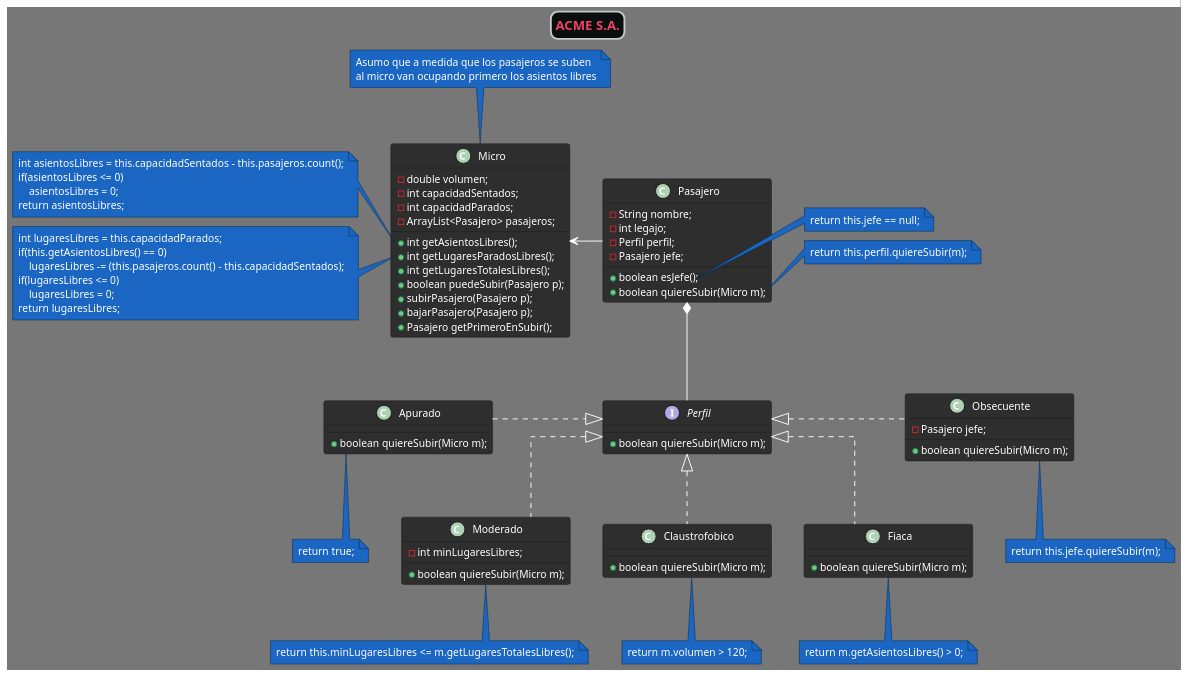
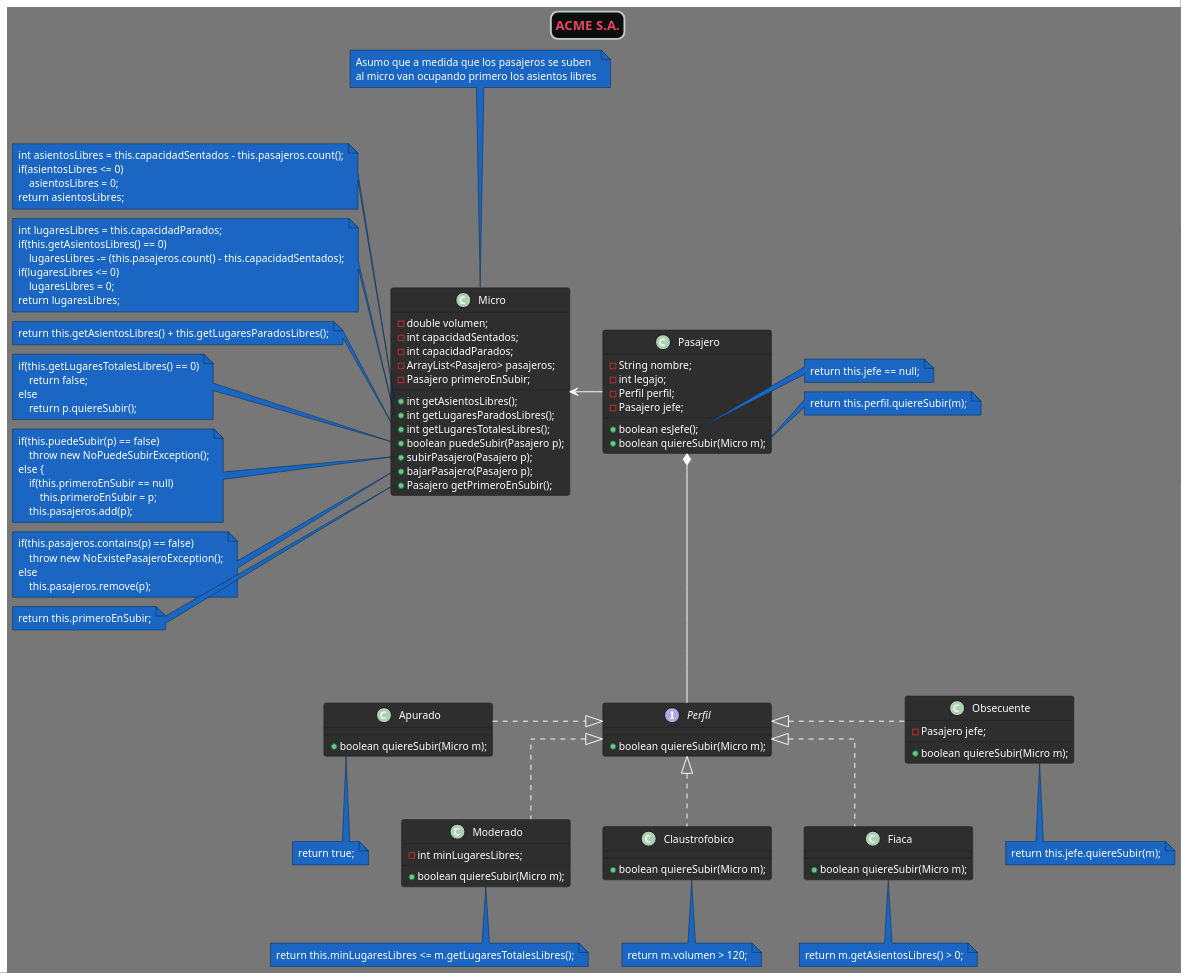
Before and after one commit to m-doce/ejercicios_utn: the diagram in EjercicioMicros/src/diagrama.puml, drawn with PlantUML.

Commit message:
Añadidas las implementaciones de funciones para Micro en diagrama de clases

```diff
--- a/EjercicioMicros/src/diagrama.puml
+++ b/EjercicioMicros/src/diagrama.puml
@@ -1,125 +1,157 @@
 @startuml
 title "ACME S.A."
 !theme reddress-darkblue
 scale 1.3
 skinparam Linetype ortho
 skinparam titleBorderRoundCorner 15
 skinparam titleBorderThickness 2
 skinparam titleBorderColor #C4CBCA
 skinparam titleBackgroundColor #0A0F0D
 skinparam defaultFontColor #FFFFFF
 skinparam titleFontColor #EE4266
 
 
 
 class Micro {
     -double volumen;
     -int capacidadSentados;
     -int capacidadParados;
     -ArrayList<Pasajero> pasajeros;
+    -Pasajero primeroEnSubir;
 
     +int getAsientosLibres();
     +int getLugaresParadosLibres();
     +int getLugaresTotalesLibres();
     +boolean puedeSubir(Pasajero p);
     +subirPasajero(Pasajero p);
     +bajarPasajero(Pasajero p);
     +Pasajero getPrimeroEnSubir();
 }
 
 class Pasajero {
     -String nombre;
     -int legajo;
     -Perfil perfil;
     -Pasajero jefe;
 
     +boolean esJefe();
     +boolean quiereSubir(Micro m);
 }
 
 interface Perfil {
     +boolean quiereSubir(Micro m);
 }
 
 class Apurado {
     +boolean quiereSubir(Micro m);
 }
 
 class Claustrofobico {
     +boolean quiereSubir(Micro m);
 }
 
 class Fiaca {
     +boolean quiereSubir(Micro m);
 }
 
 class Moderado {
     -int minLugaresLibres;
 
     +boolean quiereSubir(Micro m);
 }
 
 class Obsecuente {
     -Pasajero jefe;
 
     +boolean quiereSubir(Micro m);
 }
 
 
 
 'Relaciones
 Pasajero -l-> Micro
 Pasajero *-- Perfil
 
 Perfil <|.l. Apurado
 Perfil <|.. Claustrofobico
 Perfil <|.. Fiaca
 Perfil <|.. Moderado
 Perfil <|.r. Obsecuente
 
 
 'Notas
 'Perfiles
 note bottom of Apurado: return true;
 
 note bottom of Claustrofobico: return m.volumen > 120;
 
 note bottom of Fiaca: return m.getAsientosLibres() > 0;
 
 note bottom of Moderado: return this.minLugaresLibres <= m.getLugaresTotalesLibres();
 
 note bottom of Obsecuente: return this.jefe.quiereSubir(m);
 
 'Pasajero
 note right of Pasajero::esJefe
 return this.jefe == null;
 endnote
 
 note right of Pasajero::quiereSubir
 return this.perfil.quiereSubir(m);
 endnote
 
 'Micro
 note as N1
 Asumo que a medida que los pasajeros se suben
 al micro van ocupando primero los asientos libres
 endnote
 Micro -u- N1
 
 note left of Micro::getAsientosLibres
 int asientosLibres = this.capacidadSentados - this.pasajeros.count();
 if(asientosLibres <= 0)
     asientosLibres = 0;
 return asientosLibres;
 endnote
 
 note left of Micro::getLugaresParadosLibres
 int lugaresLibres = this.capacidadParados;
 if(this.getAsientosLibres() == 0)
     lugaresLibres -= (this.pasajeros.count() - this.capacidadSentados);
 if(lugaresLibres <= 0)
     lugaresLibres = 0;
 return lugaresLibres;
 endnote
 
+note left of Micro::getLugaresTotalesLibres
+return this.getAsientosLibres() + this.getLugaresParadosLibres();
+endnote
+
+note left of Micro::puedeSubir
+if(this.getLugaresTotalesLibres() == 0)
+    return false;
+else
+    return p.quiereSubir();
+endnote
+
+note left of Micro::subirPasajero
+if(this.puedeSubir(p) == false)
+    throw new NoPuedeSubirException();
+else {
+    if(this.primeroEnSubir == null)
+        this.primeroEnSubir = p;
+    this.pasajeros.add(p);
+endnote
+
+note left of Micro::bajarPasajero
+if(this.pasajeros.contains(p) == false)
+    throw new NoExistePasajeroException();
+else
+    this.pasajeros.remove(p);
+endnote
+
+note left of Micro::getPrimeroEnSubir
+return this.primeroEnSubir;
+endnote
+
 @enduml
```
